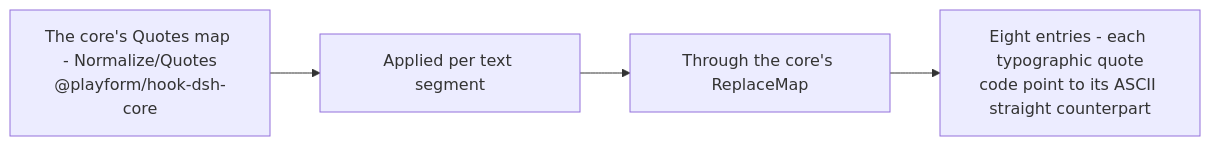
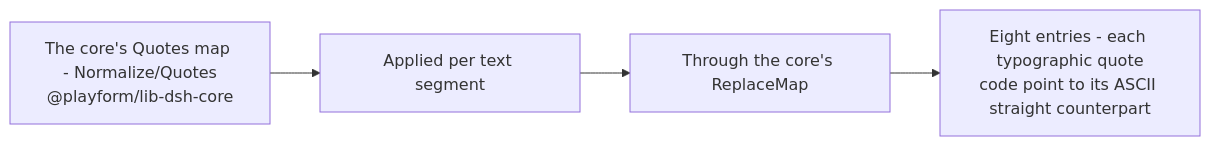
The diagram in Source/Content/Mermaid/quotes-transform.mmd (PlayForm/Site-DeepSeek), drawn with Mermaid before and after one commit. The commit also changed 161 other files, not shown here.

```diff
--- a/Source/Content/Mermaid/quotes-transform.mmd
+++ b/Source/Content/Mermaid/quotes-transform.mmd
@@ -1,6 +1,6 @@
 flowchart LR
-	MAP["The core's Quotes map - Normalize/Quotes<br/>@playform/hook-dsh-core"]
+	MAP["The core's Quotes map - Normalize/Quotes<br/>@playform/lib-dsh-core"]
 	SEG["Applied per text segment"]
 	REP["Through the core's ReplaceMap"]
 	EIGHT["Eight entries - each typographic quote<br/>code point to its ASCII straight counterpart"]
 	MAP --> SEG --> REP --> EIGHT
```
